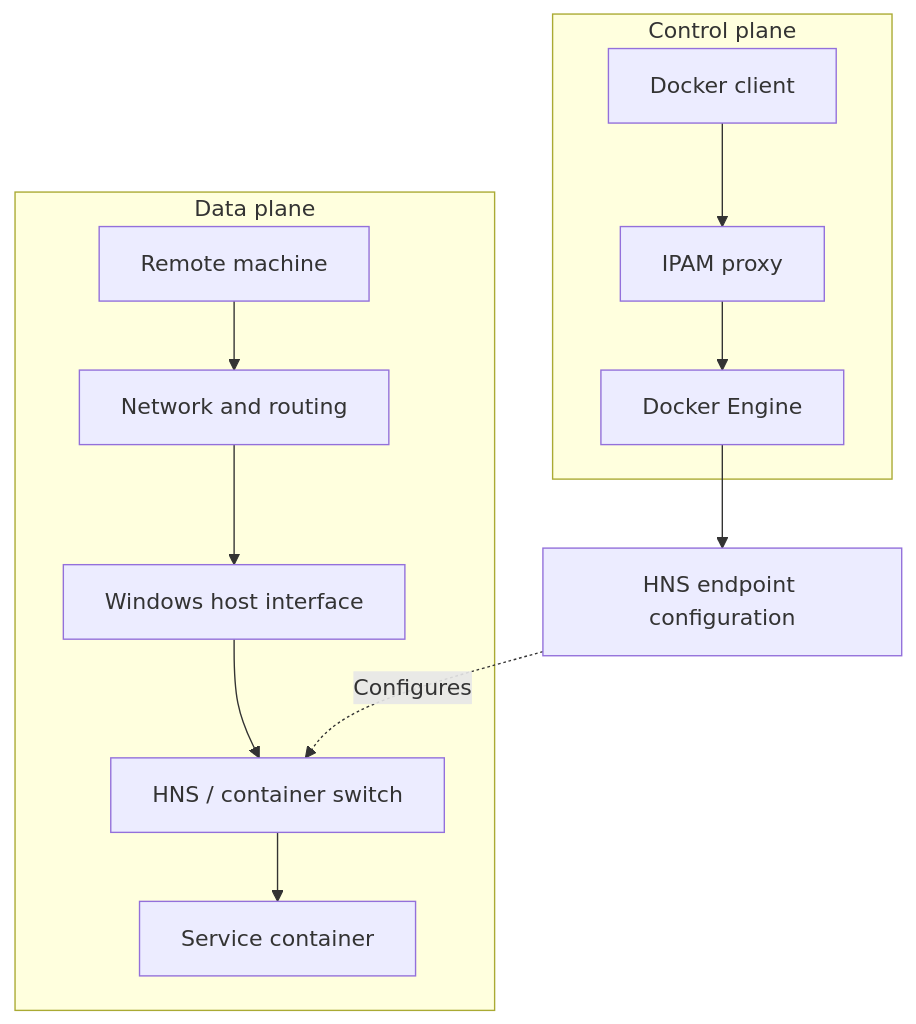
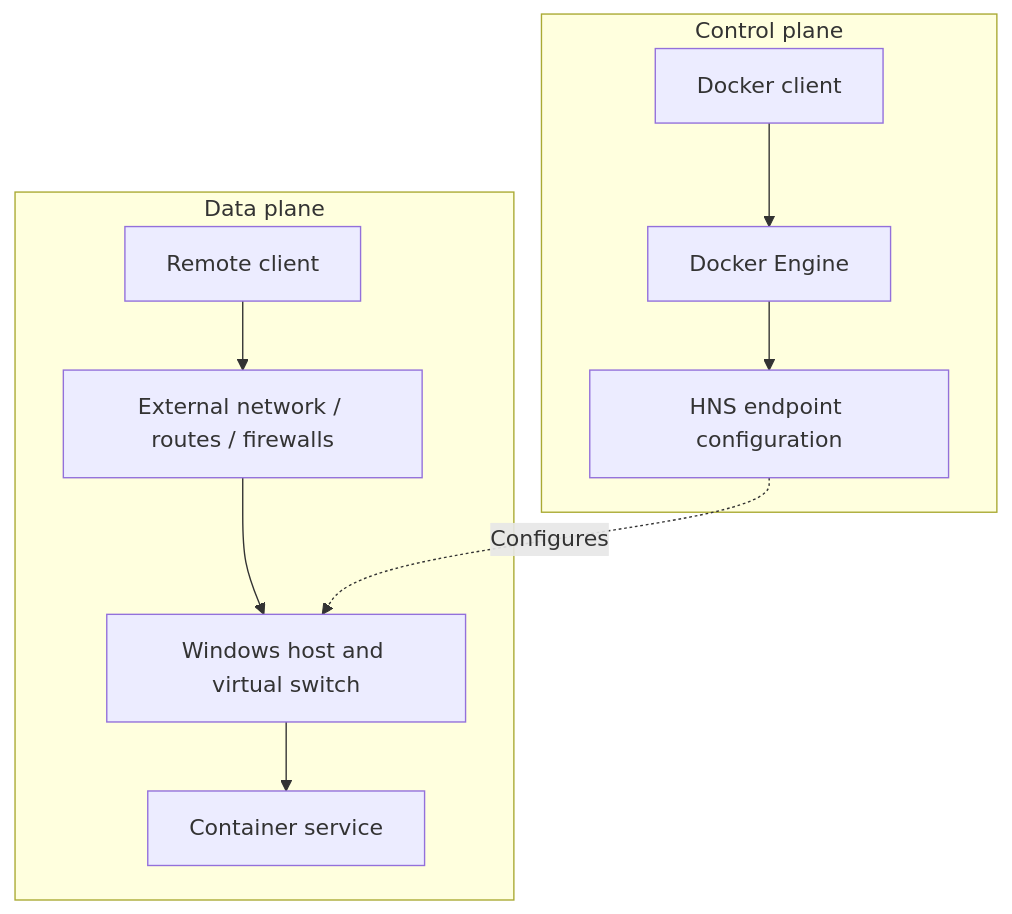
The third of 3 diagrams in src/content/blog/2026-11-19-an-ipam-proxy-for-docker-on-windows.md (tiendu/tiendu.github.io), drawn with Mermaid before and after one commit. The commit also changed other lines of this file, not shown here.

````diff
--- a/src/content/blog/2026-11-19-an-ipam-proxy-for-docker-on-windows.md
+++ b/src/content/blog/2026-11-19-an-ipam-proxy-for-docker-on-windows.md
@@ -227,21 +236,15 @@
 ```mermaid
 flowchart TB
-    accTitle: IP allocation versus packet delivery
-    accDescr: Container creation flows through the IPAM proxy and Docker Engine. Application traffic uses network routing and Windows HNS instead of passing through the API proxy.
-
+    accTitle: Container control plane versus application traffic
+    accDescr: Docker and HNS configure endpoint addresses, but application packets travel through the actual host and external networking, not an IPAM proxy.
     subgraph Control["Control plane"]
-        C["Docker client"] --> P["IPAM proxy"]
-        P --> D["Docker Engine"]
+        Client["Docker client"] --> Engine["Docker Engine"]
+        Engine --> HNS["HNS endpoint configuration"]
     end
-
-    D --> H["HNS endpoint configuration"]
-
-    subgraph Data["Data plane"]
-        R["Remote machine"] --> N["Network and routing"]
-        N --> W["Windows host interface"]
-        W --> S["HNS / container switch"]
-        S --> App["Service container"]
+    subgraph Traffic["Data plane"]
+        Remote["Remote client"] --> Routing["External network / routes / firewalls"]
+        Routing --> Host["Windows host and virtual switch"]
+        Host --> Service["Container service"]
     end
-
-    H -.->|"Configures"| S
+    HNS -.->|"Configures"| Host
 ```
````
